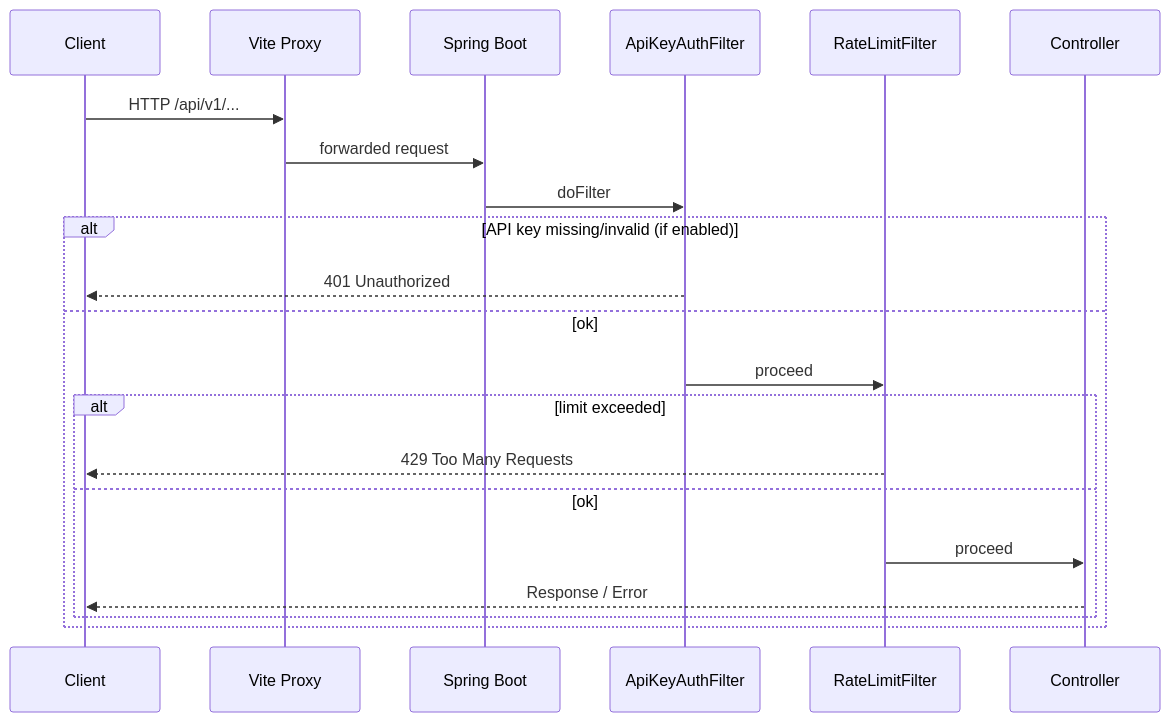
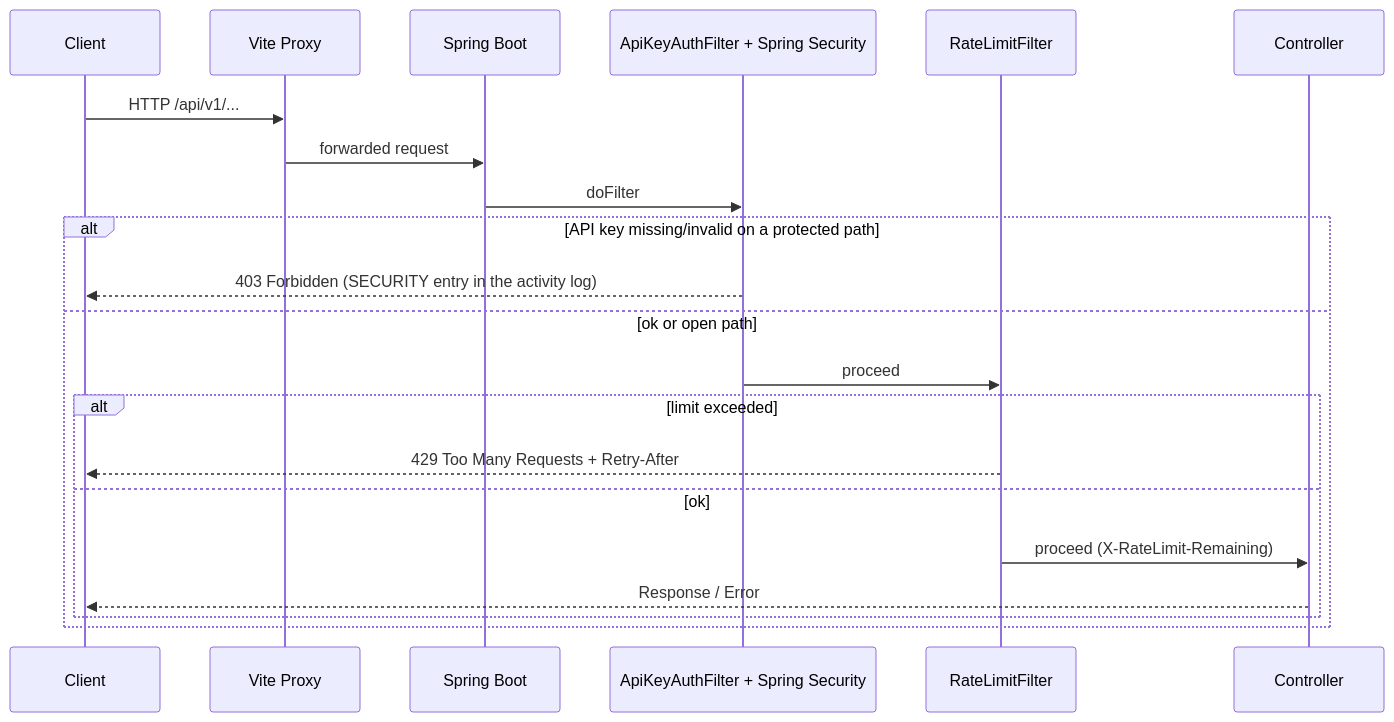
One commit to FLSEST/MySuricates changed the second of 3 diagrams in docs/en/request-lifecycle-diagrams.md. Above: the diagram before and after it, drawn with Mermaid. The commit also changed other lines of this file and 4 other files, not shown here.

First line of the commit message:
docs(diagramme): Request page corrects 403, error format, rate-limit defaults and open endpoints

````diff
--- a/docs/en/request-lifecycle-diagrams.md
+++ b/docs/en/request-lifecycle-diagrams.md
@@ -29,24 +29,24 @@
 ```mermaid
 sequenceDiagram
     participant Client
     participant Proxy as Vite Proxy
     participant API as Spring Boot
-    participant AK as ApiKeyAuthFilter
+    participant AK as ApiKeyAuthFilter + Spring Security
     participant RL as RateLimitFilter
     participant CTR as Controller
 
     Client->>Proxy: HTTP /api/v1/...
     Proxy->>API: forwarded request
     API->>AK: doFilter
-    alt API key missing/invalid (if enabled)
-        AK-->>Client: 401 Unauthorized
-    else ok
+    alt API key missing/invalid on a protected path
+        AK-->>Client: 403 Forbidden (SECURITY entry in the activity log)
+    else ok or open path
         AK->>RL: proceed
         alt limit exceeded
-            RL-->>Client: 429 Too Many Requests
+            RL-->>Client: 429 Too Many Requests + Retry-After
         else ok
-            RL->>CTR: proceed
+            RL->>CTR: proceed (X-RateLimit-Remaining)
             CTR-->>Client: Response / Error
         end
     end
 ```
````
